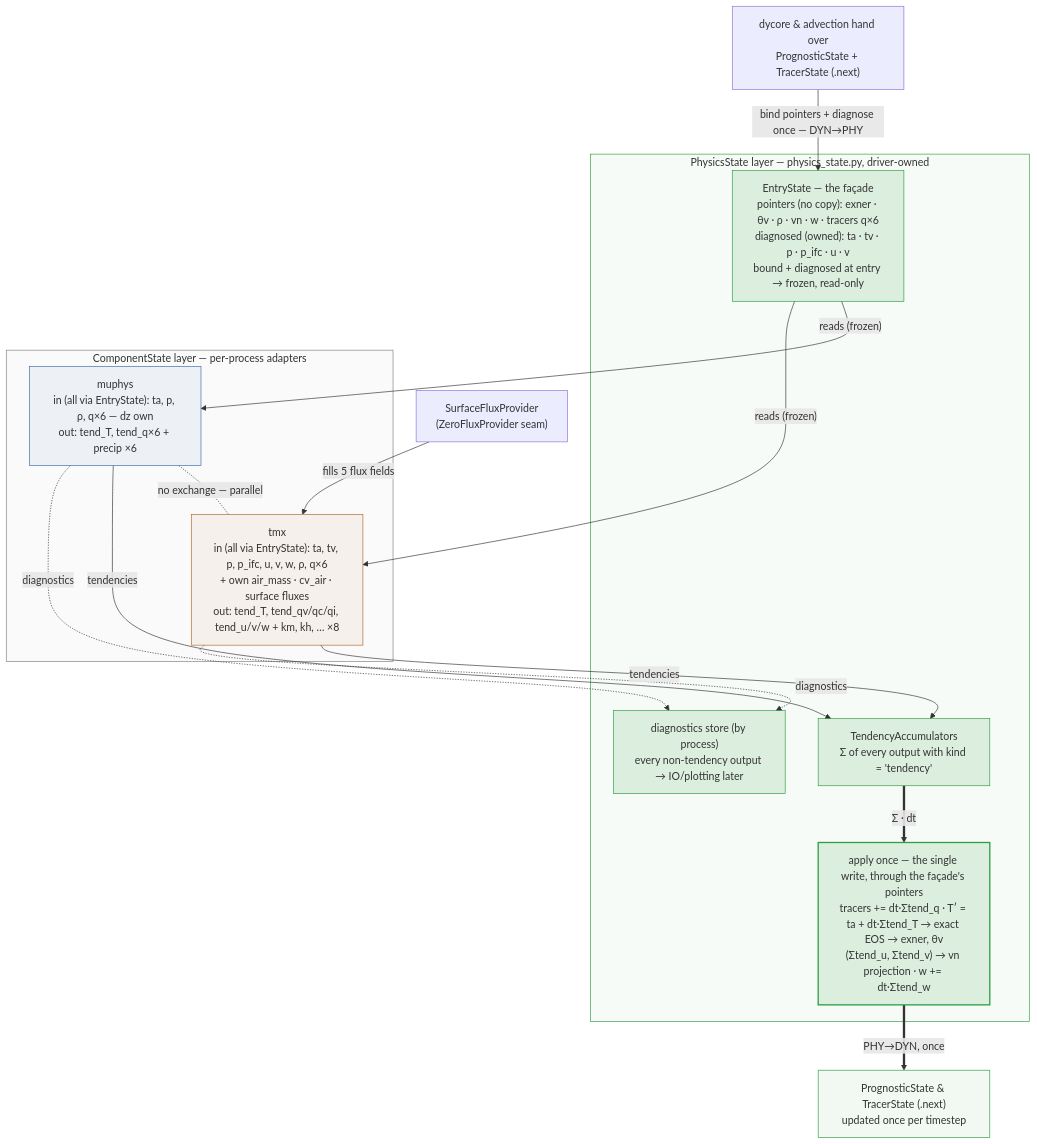
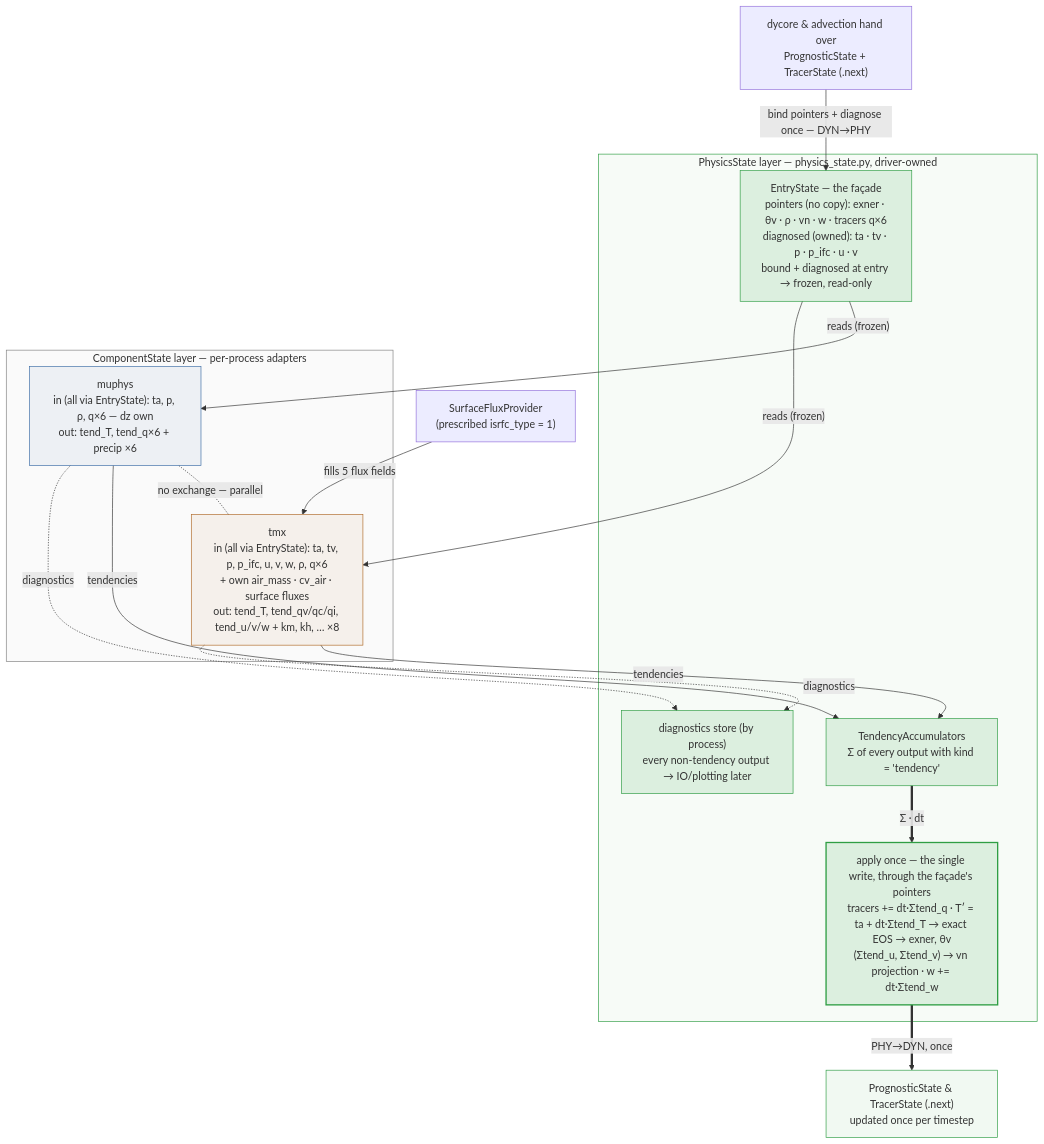
One commit to C2SM/icon4py-knowledge changed the third of 3 diagrams in content/personal/Yilu/physics-interface-current-design.md. Above: the diagram before and after it, drawn with Mermaid. The commit also changed other lines of this file, not shown here.

````diff
--- a/content/personal/Yilu/physics-interface-current-design.md
+++ b/content/personal/Yilu/physics-interface-current-design.md
@@ -109,38 +106,38 @@
 ```mermaid
 flowchart TD
     H["dycore & advection hand over<br/>PrognosticState + TracerState (.next)"]
     subgraph L["PhysicsState layer — physics_state.py, driver-owned"]
       E["EntryState — the façade<br/>pointers (no copy): exner · θv · ρ · vn · w · tracers q×6<br/>diagnosed (owned): ta · tv · p · p_ifc · u · v<br/>bound + diagnosed at entry → frozen, read-only"]
       ACC["TendencyAccumulators<br/>Σ of every output with kind = 'tendency'"]
       DIA["diagnostics store (by process)<br/>every non-tendency output → IO/plotting later"]
       APP["apply once — the single write, through the façade's pointers<br/>tracers += dt·Σtend_q · T′ = ta + dt·Σtend_T → exact EOS → exner, θv<br/>(Σtend_u, Σtend_v) → vn projection · w += dt·Σtend_w"]
     end
     subgraph C["ComponentState layer — per-process adapters"]
       MU["muphys<br/>in (all via EntryState): ta, p, ρ, q×6 — dz own<br/>out: tend_T, tend_q×6 + precip ×6"]
       TX["tmx<br/>in (all via EntryState): ta, tv, p, p_ifc, u, v, w, ρ, q×6<br/>+ own air_mass · cv_air · surface fluxes<br/>out: tend_T, tend_qv/qc/qi, tend_u/v/w + km, kh, … ×8"]
     end
-    SF["SurfaceFluxProvider<br/>(ZeroFluxProvider seam)"]
+    SF["SurfaceFluxProvider<br/>(prescribed isrfc_type = 1)"]
     OUT["PrognosticState & TracerState (.next)<br/>updated once per timestep"]
 
     H -->|"bind pointers + diagnose once — DYN→PHY"| E
     E -->|"reads (frozen)"| MU
     E -->|"reads (frozen)"| TX
     SF -->|"fills 5 flux fields"| TX
     MU -. "no exchange — parallel" .- TX
     MU -->|"tendencies"| ACC
     TX -->|"tendencies"| ACC
     MU -.->|"diagnostics"| DIA
     TX -.->|"diagnostics"| DIA
     ACC ==>|"Σ · dt"| APP
     APP ==>|"PHY→DYN, once"| OUT
 
     style L fill:#2F9E440A,stroke:#2F9E44
     style C fill:#8080800A,stroke:#808080
     style E fill:#2F9E4422,stroke:#2F9E44
     style ACC fill:#2F9E4422,stroke:#2F9E44
     style DIA fill:#2F9E4422,stroke:#2F9E44
     style APP fill:#2F9E4422,stroke:#2F9E44,stroke-width:2px
     style MU fill:#3D6DA611,stroke:#3D6DA6
     style TX fill:#B06A2811,stroke:#B06A28
     style OUT fill:#2F9E4411,stroke:#2F9E44
 ```
````
